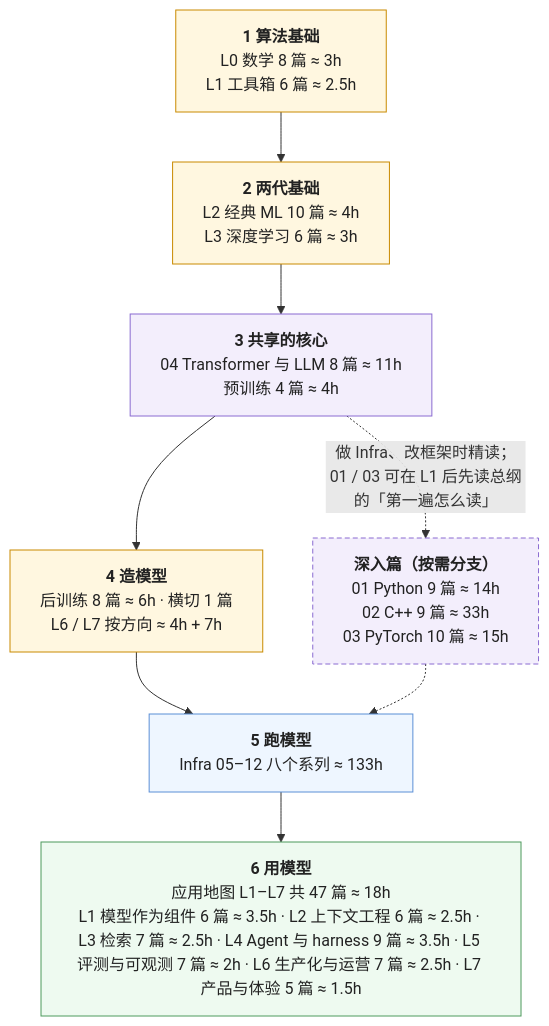
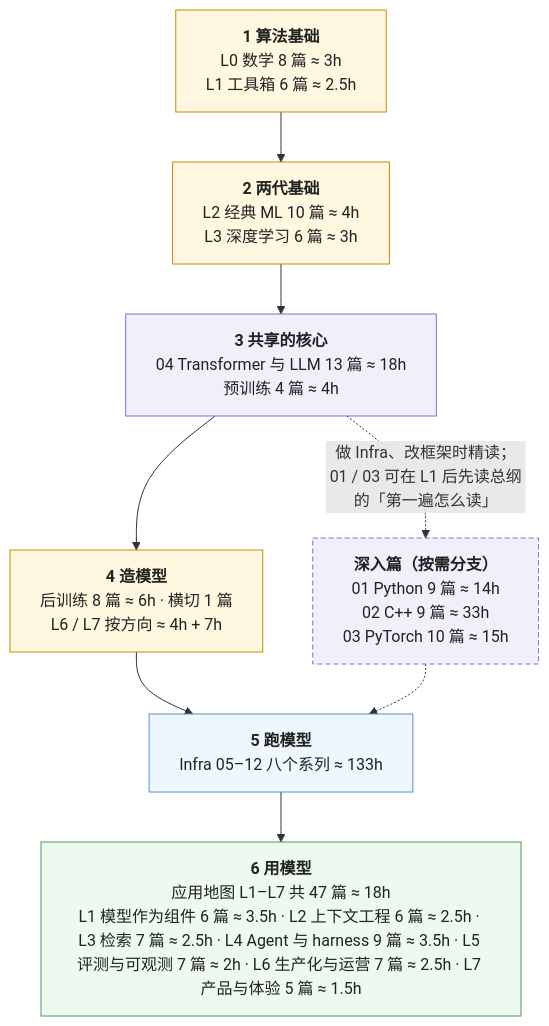
One commit to arganzheng/arganzheng.github.com changed the second of 2 diagrams in _posts/2026-01-01-ai-fullstack-learning-roadmap.md. Above: the diagram before and after it, drawn with Mermaid. The commit also changed other lines of this file and 58 other files, not shown here.

````diff
--- a/_posts/2026-01-01-ai-fullstack-learning-roadmap.md
+++ b/_posts/2026-01-01-ai-fullstack-learning-roadmap.md
@@ -140,40 +140,40 @@
 ```mermaid
 %%{init: {"flowchart": {"wrappingWidth": 420}}}%%
 %% 图：全栈的一条线：六段主线与按需进入的深入篇
 flowchart TB
     S1["`**1 算法基础**
 L0 数学 8 篇 ≈ 3h
 L1 工具箱 6 篇 ≈ 2.5h`"]
     S2["`**深入篇（按需分支）**
 01 Python 9 篇 ≈ 14h
 02 C++ 9 篇 ≈ 33h
 03 PyTorch 10 篇 ≈ 15h`"]
     S3["`**2 两代基础**
 L2 经典 ML 10 篇 ≈ 4h
 L3 深度学习 6 篇 ≈ 3h`"]
     S4["`**3 共享的核心**
-04 Transformer 与 LLM 8 篇 ≈ 11h
+04 Transformer 与 LLM 13 篇 ≈ 18h
 预训练 4 篇 ≈ 4h`"]
     S5["`**4 造模型**
 后训练 8 篇 ≈ 6h · 横切 1 篇
 L6 / L7 按方向 ≈ 4h + 7h`"]
     S6["`**5 跑模型**
 Infra 05–12 八个系列 ≈ 133h`"]
     S7["`**6 用模型**
 应用地图 L1–L7 共 47 篇 ≈ 18h
 L1 模型作为组件 6 篇 ≈ 3.5h · L2 上下文工程 6 篇 ≈ 2.5h · L3 检索 7 篇 ≈ 2.5h · L4 Agent 与 harness 9 篇 ≈ 3.5h · L5 评测与可观测 7 篇 ≈ 2h · L6 生产化与运营 7 篇 ≈ 2.5h · L7 产品与体验 5 篇 ≈ 1.5h`"]
     S1 --> S3 --> S4 --> S5 --> S6 --> S7
     S4 -. "做 Infra、改框架时精读；\n01 / 03 可在 L1 后先读总纲的「第一遍怎么读」" .-> S2
     S2 -.-> S6
 
     classDef algo fill:#fff7e0,stroke:#c98a00,stroke-width:1px,color:#222
     classDef infra fill:#eef6ff,stroke:#5b8fd6,stroke-width:1px,color:#222
     classDef app fill:#eefaf0,stroke:#4d9a5c,stroke-width:1px,color:#222
     classDef shared fill:#f3eefc,stroke:#8a6bd1,stroke-width:1px,color:#222
     classDef deep fill:#f3eefc,stroke:#8a6bd1,stroke-width:1px,color:#222,stroke-dasharray:5 3
     class S1,S3,S5 algo
     class S2 deep
     class S4 shared
     class S6 infra
     class S7 app
 ```
````
